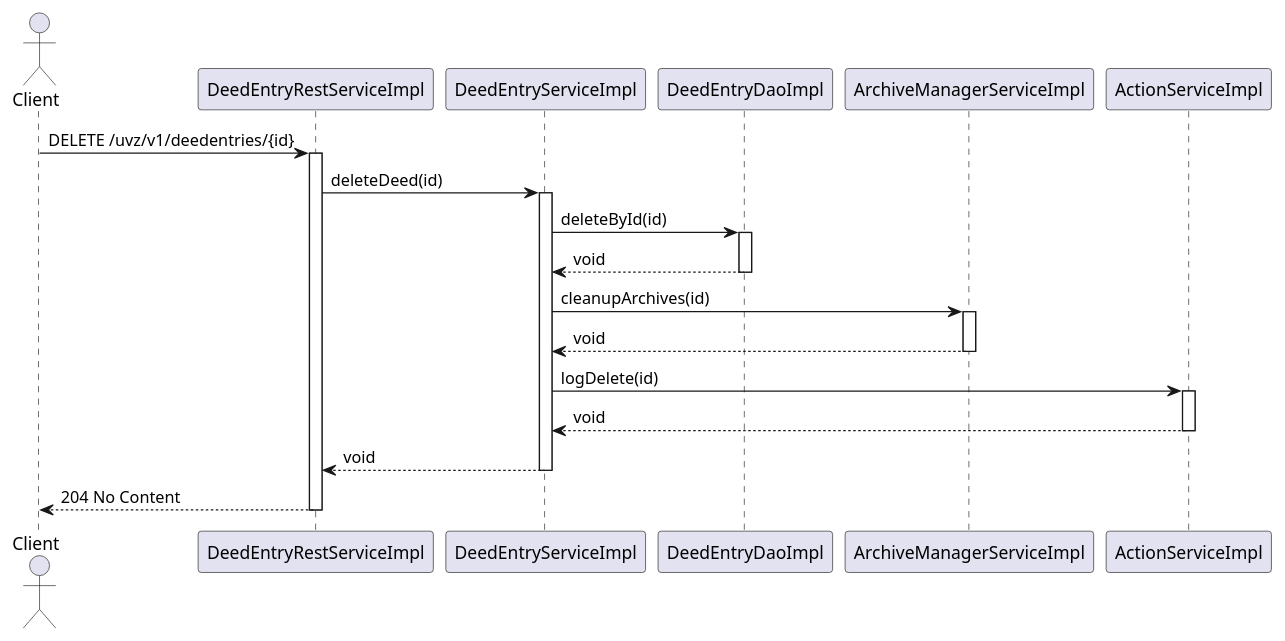
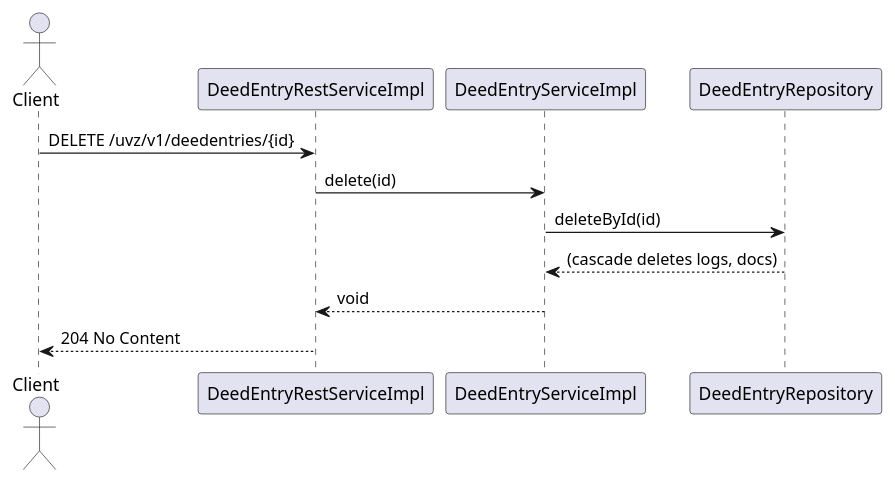
The seventh of 7 diagrams in knowledge/architecture/arc42/06-part1-api-flows.md (aymenmastouri/aicodegencrew), drawn with PlantUML before and after one commit. The commit also changed other lines of this file and 28 other files, not shown here.

Commit message:
[aicodegencrew] phase3_architecture_synthesis completed - 2026-02-09 18:15:23

````diff
--- a/knowledge/architecture/arc42/06-part1-api-flows.md
+++ b/knowledge/architecture/arc42/06-part1-api-flows.md
@@ -245,31 +218,15 @@
 ```plantuml
 @startuml
 actor Client
-participant DeedEntryRestServiceImpl as RestCtrl
-participant DeedEntryServiceImpl as Service
-participant DeedEntryDaoImpl as Repo
-participant ArchiveManagerServiceImpl as Archiver
-participant ActionServiceImpl as Audit
+participant DeedEntryRestServiceImpl as Ctrl
+participant DeedEntryServiceImpl as Svc
+participant DeedEntryRepository as Repo
 
-Client -> RestCtrl: DELETE /uvz/v1/deedentries/{id}
-activate RestCtrl
-RestCtrl -> Service: deleteDeed(id)
-activate Service
-Service -> Repo: deleteById(id)
-activate Repo
-Repo --> Service: void
-deactivate Repo
-Service -> Archiver: cleanupArchives(id)
-activate Archiver
-Archiver --> Service: void
-deactivate Archiver
-Service -> Audit: logDelete(id)
-activate Audit
-Audit --> Service: void
-deactivate Audit
-Service --> RestCtrl: void
-deactivate Service
-RestCtrl --> Client: 204 No Content
-deactivate RestCtrl
+Client -> Ctrl: DELETE /uvz/v1/deedentries/{id}
+Ctrl -> Svc: delete(id)
+Svc -> Repo: deleteById(id)
+Repo --> Svc: (cascade deletes logs, docs)
+Svc --> Ctrl: void
+Ctrl --> Client: 204 No Content
 @enduml
 ```
````
